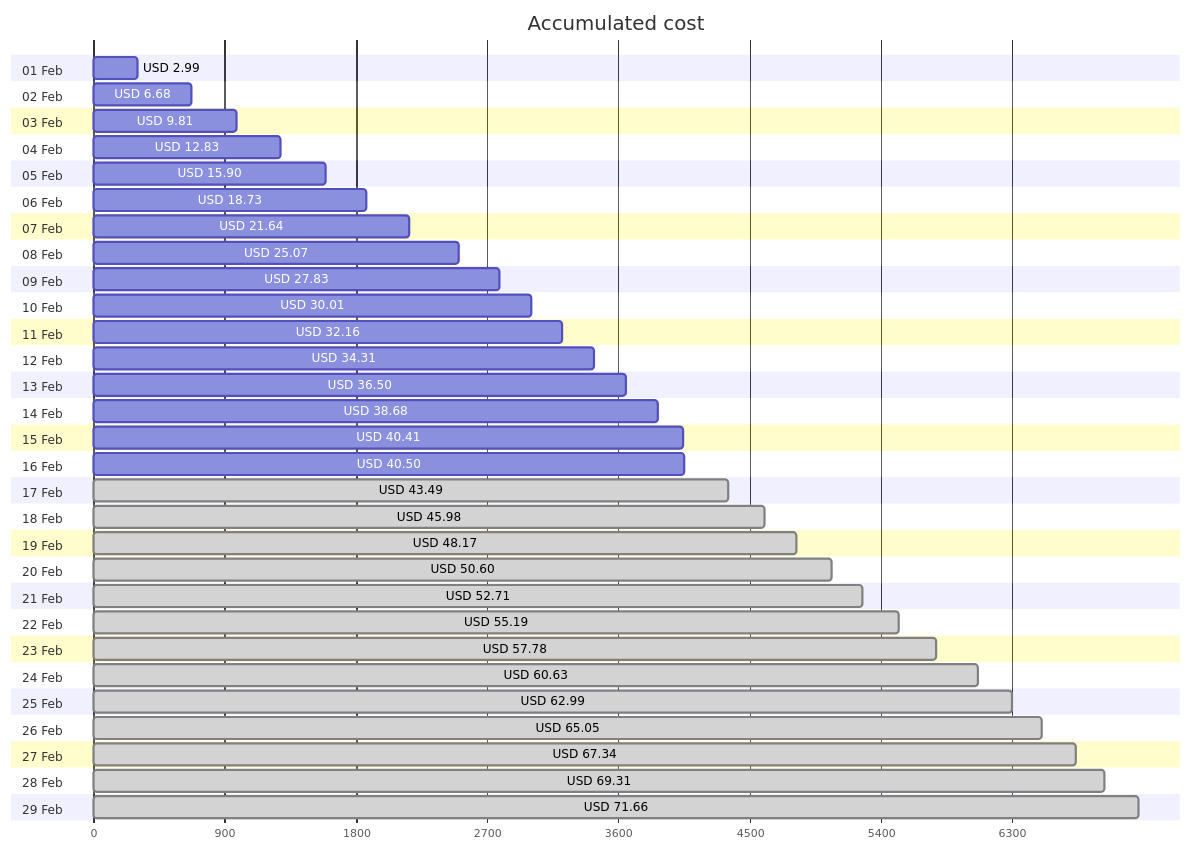
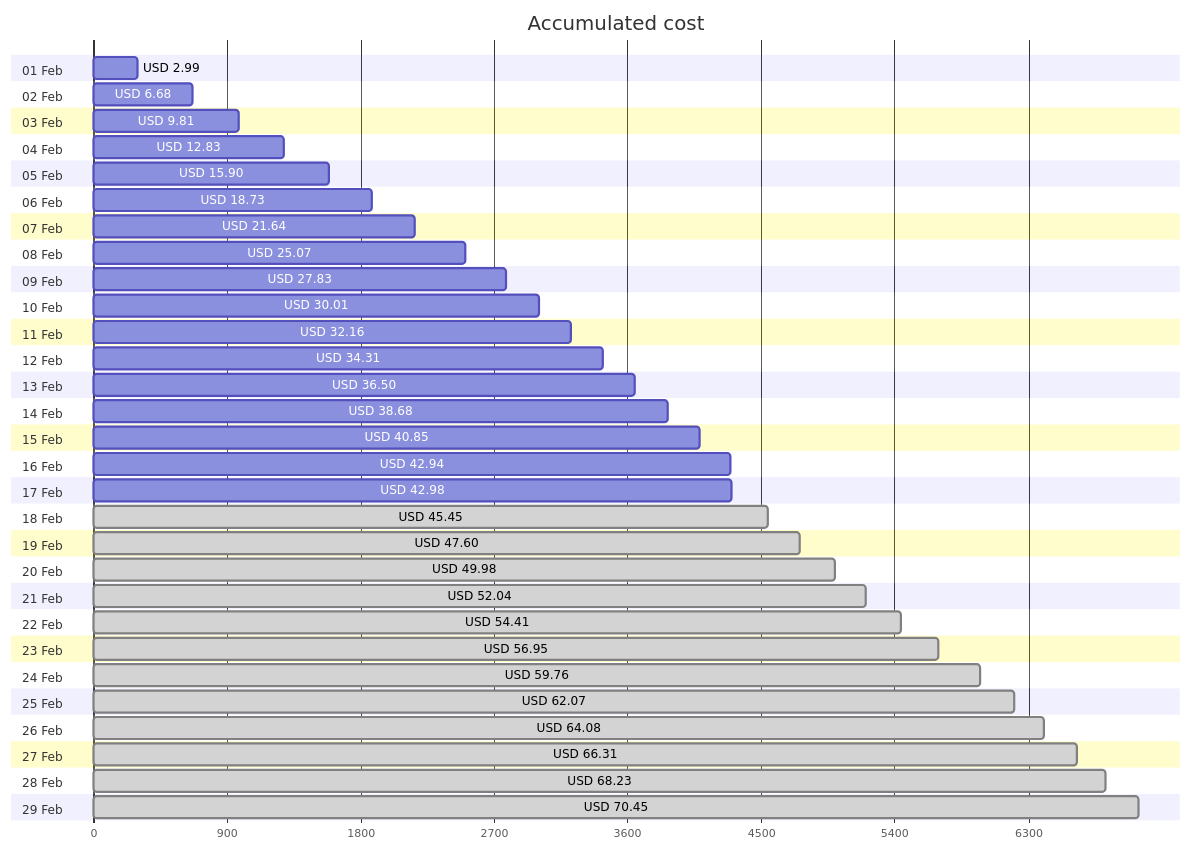
Before and after one commit to jpfulton/azure-personal-reports: the first of 4 diagrams in cost-reports/accumulated-cost.md, drawn with Mermaid. The commit also changed other lines of this file and 4 other files, not shown here.

````diff
--- a/cost-reports/accumulated-cost.md
+++ b/cost-reports/accumulated-cost.md
@@ -20,64 +20,64 @@
 ```mermaid
 gantt
    title Accumulated cost
    dateFormat  X
    axisFormat %s
    section 01 Feb
    USD 2.99 :0, 299
    section 02 Feb
    USD 6.68 :0, 668
    section 03 Feb
    USD 9.81 :0, 981
    section 04 Feb
    USD 12.83 :0, 1283
    section 05 Feb
    USD 15.90 :0, 1590
    section 06 Feb
    USD 18.73 :0, 1873
    section 07 Feb
    USD 21.64 :0, 2164
    section 08 Feb
    USD 25.07 :0, 2507
    section 09 Feb
    USD 27.83 :0, 2783
    section 10 Feb
    USD 30.01 :0, 3001
    section 11 Feb
    USD 32.16 :0, 3216
    section 12 Feb
    USD 34.31 :0, 3431
    section 13 Feb
    USD 36.50 :0, 3650
    section 14 Feb
    USD 38.68 :0, 3868
    section 15 Feb
-   USD 40.41 :0, 4041
+   USD 40.85 :0, 4085
    section 16 Feb
-   USD 40.50 :0, 4050
+   USD 42.94 :0, 4294
    section 17 Feb
-   USD 43.49 : done, 0, 4349
+   USD 42.98 :0, 4298
    section 18 Feb
-   USD 45.98 : done, 0, 4598
+   USD 45.45 : done, 0, 4545
    section 19 Feb
-   USD 48.17 : done, 0, 4817
+   USD 47.60 : done, 0, 4760
    section 20 Feb
-   USD 50.60 : done, 0, 5060
+   USD 49.98 : done, 0, 4998
    section 21 Feb
-   USD 52.71 : done, 0, 5271
+   USD 52.04 : done, 0, 5204
    section 22 Feb
-   USD 55.19 : done, 0, 5519
+   USD 54.41 : done, 0, 5441
    section 23 Feb
-   USD 57.78 : done, 0, 5778
+   USD 56.95 : done, 0, 5695
    section 24 Feb
-   USD 60.63 : done, 0, 6063
+   USD 59.76 : done, 0, 5976
    section 25 Feb
-   USD 62.99 : done, 0, 6299
+   USD 62.07 : done, 0, 6207
    section 26 Feb
-   USD 65.05 : done, 0, 6505
+   USD 64.08 : done, 0, 6408
    section 27 Feb
-   USD 67.34 : done, 0, 6734
+   USD 66.31 : done, 0, 6631
    section 28 Feb
-   USD 69.31 : done, 0, 6931
+   USD 68.23 : done, 0, 6823
    section 29 Feb
-   USD 71.66 : done, 0, 7166
+   USD 70.45 : done, 0, 7045
 ```
````
